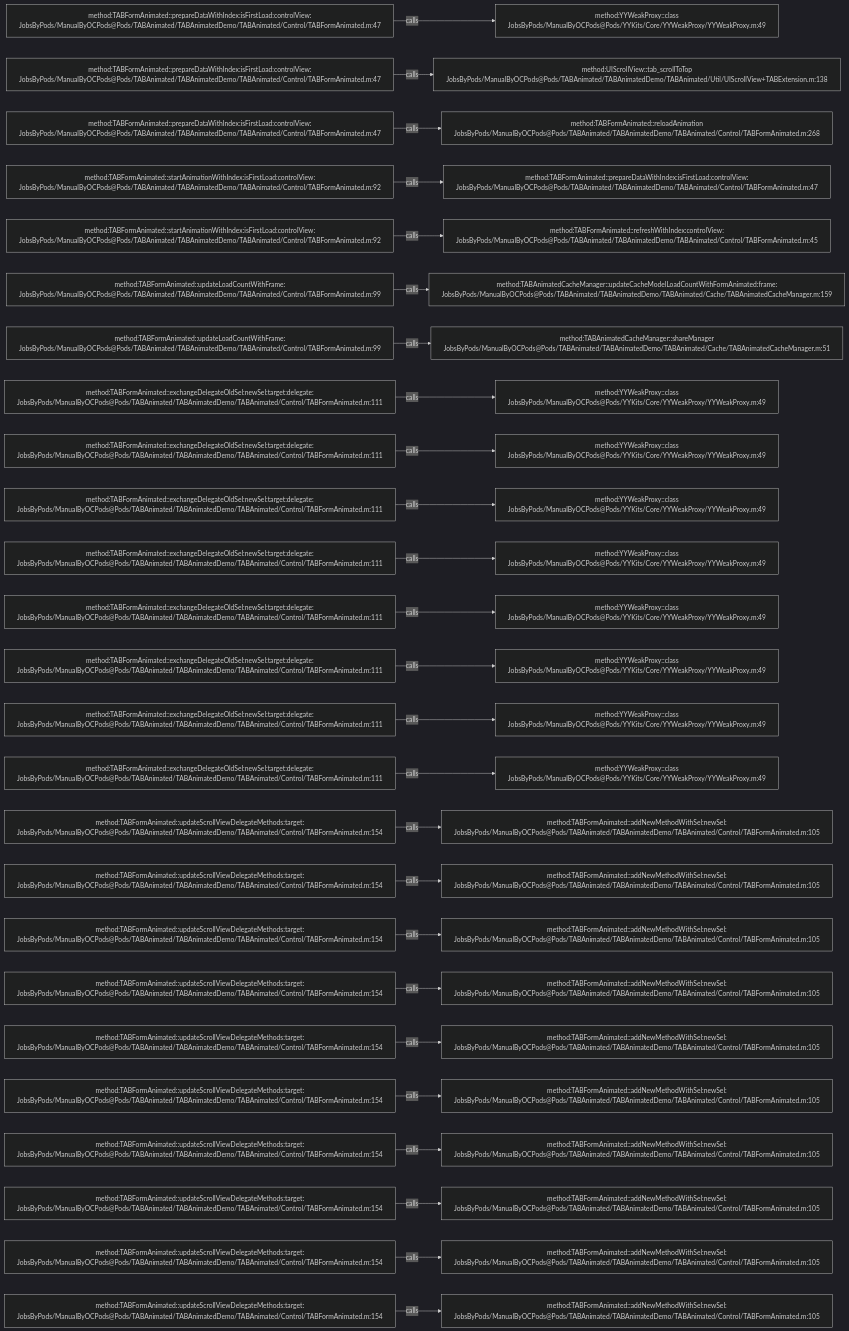
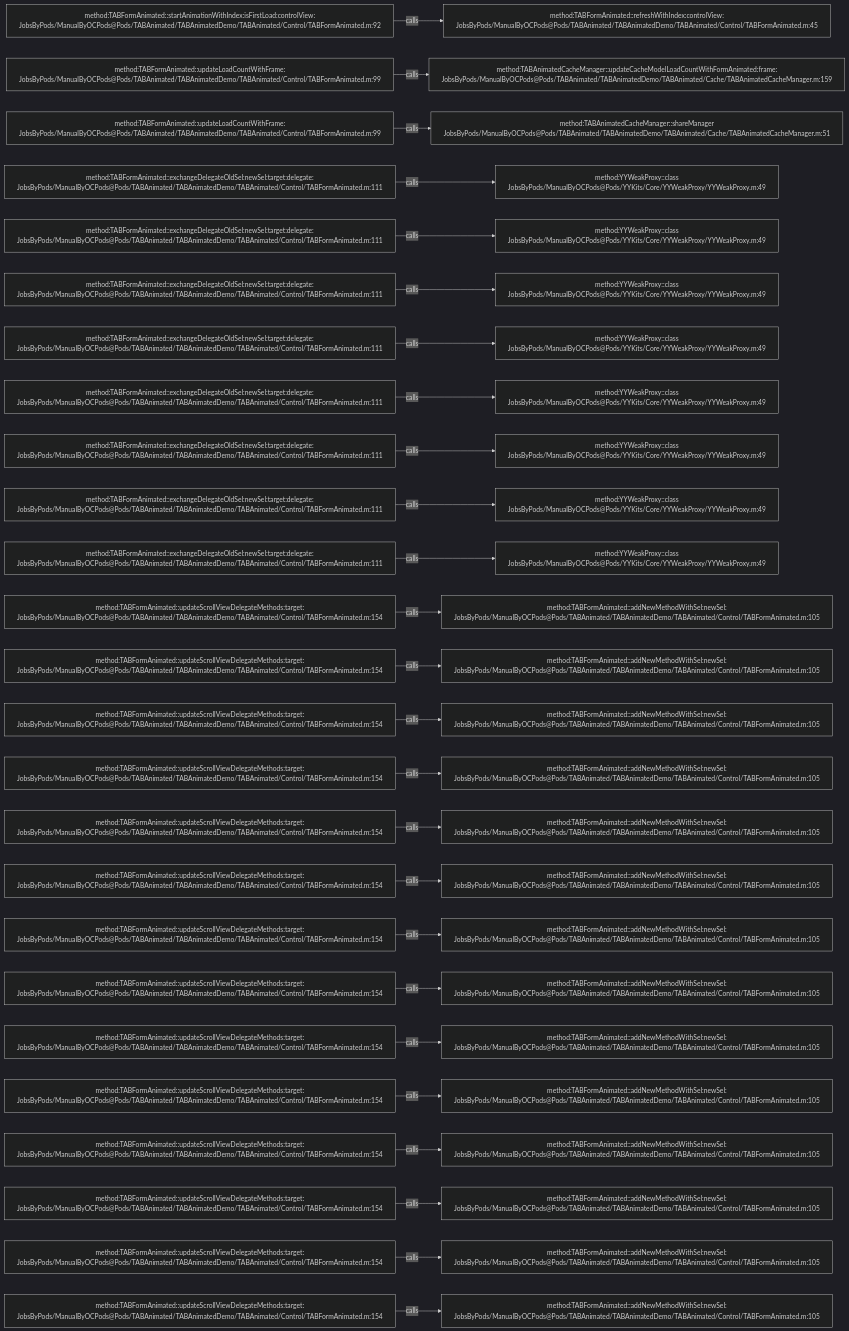
One commit to JobsKits/JobsOCBaseConfigDemo changed the diagram in .codegraph/codegraph.md/graphs/calls-022.md. Above: the diagram before and after it, drawn with Mermaid (dark theme). The commit also changed 727 other files, not shown here.

````diff
--- a/.codegraph/codegraph.md/graphs/calls-022.md
+++ b/.codegraph/codegraph.md/graphs/calls-022.md
@@ -13,78 +13,78 @@
 ```mermaid
 flowchart LR
-  S1["method:TABFormAnimated::prepareDataWithIndex:isFirstLoad:controlView:<br/>JobsByPods/ManualByOCPods@Pods/TABAnimated/TABAnimatedDemo/TABAnimated/Control/TABFormAnimated.m:47"]
-  T1["method:YYWeakProxy::class<br/>JobsByPods/ManualByOCPods@Pods/YYKits/Core/YYWeakProxy/YYWeakProxy.m:49"]
+  S1["method:TABFormAnimated::startAnimationWithIndex:isFirstLoad:controlView:<br/>JobsByPods/ManualByOCPods@Pods/TABAnimated/TABAnimatedDemo/TABAnimated/Control/TABFormAnimated.m:92"]
+  T1["method:TABFormAnimated::refreshWithIndex:controlView:<br/>JobsByPods/ManualByOCPods@Pods/TABAnimated/TABAnimatedDemo/TABAnimated/Control/TABFormAnimated.m:45"]
   S1 -->|calls| T1
-  S2["method:TABFormAnimated::prepareDataWithIndex:isFirstLoad:controlView:<br/>JobsByPods/ManualByOCPods@Pods/TABAnimated/TABAnimatedDemo/TABAnimated/Control/TABFormAnimated.m:47"]
-  T2["method:UIScrollView::tab_scrollToTop<br/>JobsByPods/ManualByOCPods@Pods/TABAnimated/TABAnimatedDemo/TABAnimated/Util/UIScrollView+TABExtension.m:138"]
+  S2["method:TABFormAnimated::updateLoadCountWithFrame:<br/>JobsByPods/ManualByOCPods@Pods/TABAnimated/TABAnimatedDemo/TABAnimated/Control/TABFormAnimated.m:99"]
+  T2["method:TABAnimatedCacheManager::updateCacheModelLoadCountWithFormAnimated:frame:<br/>JobsByPods/ManualByOCPods@Pods/TABAnimated/TABAnimatedDemo/TABAnimated/Cache/TABAnimatedCacheManager.m:159"]
   S2 -->|calls| T2
-  S3["method:TABFormAnimated::prepareDataWithIndex:isFirstLoad:controlView:<br/>JobsByPods/ManualByOCPods@Pods/TABAnimated/TABAnimatedDemo/TABAnimated/Control/TABFormAnimated.m:47"]
-  T3["method:TABFormAnimated::reloadAnimation<br/>JobsByPods/ManualByOCPods@Pods/TABAnimated/TABAnimatedDemo/TABAnimated/Control/TABFormAnimated.m:268"]
+  S3["method:TABFormAnimated::updateLoadCountWithFrame:<br/>JobsByPods/ManualByOCPods@Pods/TABAnimated/TABAnimatedDemo/TABAnimated/Control/TABFormAnimated.m:99"]
+  T3["method:TABAnimatedCacheManager::shareManager<br/>JobsByPods/ManualByOCPods@Pods/TABAnimated/TABAnimatedDemo/TABAnimated/Cache/TABAnimatedCacheManager.m:51"]
   S3 -->|calls| T3
-  S4["method:TABFormAnimated::startAnimationWithIndex:isFirstLoad:controlView:<br/>JobsByPods/ManualByOCPods@Pods/TABAnimated/TABAnimatedDemo/TABAnimated/Control/TABFormAnimated.m:92"]
-  T4["method:TABFormAnimated::prepareDataWithIndex:isFirstLoad:controlView:<br/>JobsByPods/ManualByOCPods@Pods/TABAnimated/TABAnimatedDemo/TABAnimated/Control/TABFormAnimated.m:47"]
+  S4["method:TABFormAnimated::exchangeDelegateOldSel:newSel:target:delegate:<br/>JobsByPods/ManualByOCPods@Pods/TABAnimated/TABAnimatedDemo/TABAnimated/Control/TABFormAnimated.m:111"]
+  T4["method:YYWeakProxy::class<br/>JobsByPods/ManualByOCPods@Pods/YYKits/Core/YYWeakProxy/YYWeakProxy.m:49"]
   S4 -->|calls| T4
-  S5["method:TABFormAnimated::startAnimationWithIndex:isFirstLoad:controlView:<br/>JobsByPods/ManualByOCPods@Pods/TABAnimated/TABAnimatedDemo/TABAnimated/Control/TABFormAnimated.m:92"]
-  T5["method:TABFormAnimated::refreshWithIndex:controlView:<br/>JobsByPods/ManualByOCPods@Pods/TABAnimated/TABAnimatedDemo/TABAnimated/Control/TABFormAnimated.m:45"]
+  S5["method:TABFormAnimated::exchangeDelegateOldSel:newSel:target:delegate:<br/>JobsByPods/ManualByOCPods@Pods/TABAnimated/TABAnimatedDemo/TABAnimated/Control/TABFormAnimated.m:111"]
+  T5["method:YYWeakProxy::class<br/>JobsByPods/ManualByOCPods@Pods/YYKits/Core/YYWeakProxy/YYWeakProxy.m:49"]
   S5 -->|calls| T5
-  S6["method:TABFormAnimated::updateLoadCountWithFrame:<br/>JobsByPods/ManualByOCPods@Pods/TABAnimated/TABAnimatedDemo/TABAnimated/Control/TABFormAnimated.m:99"]
-  T6["method:TABAnimatedCacheManager::updateCacheModelLoadCountWithFormAnimated:frame:<br/>JobsByPods/ManualByOCPods@Pods/TABAnimated/TABAnimatedDemo/TABAnimated/Cache/TABAnimatedCacheManager.m:159"]
+  S6["method:TABFormAnimated::exchangeDelegateOldSel:newSel:target:delegate:<br/>JobsByPods/ManualByOCPods@Pods/TABAnimated/TABAnimatedDemo/TABAnimated/Control/TABFormAnimated.m:111"]
+  T6["method:YYWeakProxy::class<br/>JobsByPods/ManualByOCPods@Pods/YYKits/Core/YYWeakProxy/YYWeakProxy.m:49"]
   S6 -->|calls| T6
-  S7["method:TABFormAnimated::updateLoadCountWithFrame:<br/>JobsByPods/ManualByOCPods@Pods/TABAnimated/TABAnimatedDemo/TABAnimated/Control/TABFormAnimated.m:99"]
-  T7["method:TABAnimatedCacheManager::shareManager<br/>JobsByPods/ManualByOCPods@Pods/TABAnimated/TABAnimatedDemo/TABAnimated/Cache/TABAnimatedCacheManager.m:51"]
+  S7["method:TABFormAnimated::exchangeDelegateOldSel:newSel:target:delegate:<br/>JobsByPods/ManualByOCPods@Pods/TABAnimated/TABAnimatedDemo/TABAnimated/Control/TABFormAnimated.m:111"]
+  T7["method:YYWeakProxy::class<br/>JobsByPods/ManualByOCPods@Pods/YYKits/Core/YYWeakProxy/YYWeakProxy.m:49"]
   S7 -->|calls| T7
   S8["method:TABFormAnimated::exchangeDelegateOldSel:newSel:target:delegate:<br/>JobsByPods/ManualByOCPods@Pods/TABAnimated/TABAnimatedDemo/TABAnimated/Control/TABFormAnimated.m:111"]
   T8["method:YYWeakProxy::class<br/>JobsByPods/ManualByOCPods@Pods/YYKits/Core/YYWeakProxy/YYWeakProxy.m:49"]
   S8 -->|calls| T8
   S9["method:TABFormAnimated::exchangeDelegateOldSel:newSel:target:delegate:<br/>JobsByPods/ManualByOCPods@Pods/TABAnimated/TABAnimatedDemo/TABAnimated/Control/TABFormAnimated.m:111"]
   T9["method:YYWeakProxy::class<br/>JobsByPods/ManualByOCPods@Pods/YYKits/Core/YYWeakProxy/YYWeakProxy.m:49"]
   S9 -->|calls| T9
   S10["method:TABFormAnimated::exchangeDelegateOldSel:newSel:target:delegate:<br/>JobsByPods/ManualByOCPods@Pods/TABAnimated/TABAnimatedDemo/TABAnimated/Control/TABFormAnimated.m:111"]
   T10["method:YYWeakProxy::class<br/>JobsByPods/ManualByOCPods@Pods/YYKits/Core/YYWeakProxy/YYWeakProxy.m:49"]
   S10 -->|calls| T10
   S11["method:TABFormAnimated::exchangeDelegateOldSel:newSel:target:delegate:<br/>JobsByPods/ManualByOCPods@Pods/TABAnimated/TABAnimatedDemo/TABAnimated/Control/TABFormAnimated.m:111"]
   T11["method:YYWeakProxy::class<br/>JobsByPods/ManualByOCPods@Pods/YYKits/Core/YYWeakProxy/YYWeakProxy.m:49"]
   S11 -->|calls| T11
-  S12["method:TABFormAnimated::exchangeDelegateOldSel:newSel:target:delegate:<br/>JobsByPods/ManualByOCPods@Pods/TABAnimated/TABAnimatedDemo/TABAnimated/Control/TABFormAnimated.m:111"]
-  T12["method:YYWeakProxy::class<br/>JobsByPods/ManualByOCPods@Pods/YYKits/Core/YYWeakProxy/YYWeakProxy.m:49"]
+  S12["method:TABFormAnimated::updateScrollViewDelegateMethods:target:<br/>JobsByPods/ManualByOCPods@Pods/TABAnimated/TABAnimatedDemo/TABAnimated/Control/TABFormAnimated.m:154"]
+  T12["method:TABFormAnimated::addNewMethodWithSel:newSel:<br/>JobsByPods/ManualByOCPods@Pods/TABAnimated/TABAnimatedDemo/TABAnimated/Control/TABFormAnimated.m:105"]
   S12 -->|calls| T12
-  S13["method:TABFormAnimated::exchangeDelegateOldSel:newSel:target:delegate:<br/>JobsByPods/ManualByOCPods@Pods/TABAnimated/TABAnimatedDemo/TABAnimated/Control/TABFormAnimated.m:111"]
-  T13["method:YYWeakProxy::class<br/>JobsByPods/ManualByOCPods@Pods/YYKits/Core/YYWeakProxy/YYWeakProxy.m:49"]
+  S13["method:TABFormAnimated::updateScrollViewDelegateMethods:target:<br/>JobsByPods/ManualByOCPods@Pods/TABAnimated/TABAnimatedDemo/TABAnimated/Control/TABFormAnimated.m:154"]
+  T13["method:TABFormAnimated::addNewMethodWithSel:newSel:<br/>JobsByPods/ManualByOCPods@Pods/TABAnimated/TABAnimatedDemo/TABAnimated/Control/TABFormAnimated.m:105"]
   S13 -->|calls| T13
-  S14["method:TABFormAnimated::exchangeDelegateOldSel:newSel:target:delegate:<br/>JobsByPods/ManualByOCPods@Pods/TABAnimated/TABAnimatedDemo/TABAnimated/Control/TABFormAnimated.m:111"]
-  T14["method:YYWeakProxy::class<br/>JobsByPods/ManualByOCPods@Pods/YYKits/Core/YYWeakProxy/YYWeakProxy.m:49"]
+  S14["method:TABFormAnimated::updateScrollViewDelegateMethods:target:<br/>JobsByPods/ManualByOCPods@Pods/TABAnimated/TABAnimatedDemo/TABAnimated/Control/TABFormAnimated.m:154"]
+  T14["method:TABFormAnimated::addNewMethodWithSel:newSel:<br/>JobsByPods/ManualByOCPods@Pods/TABAnimated/TABAnimatedDemo/TABAnimated/Control/TABFormAnimated.m:105"]
   S14 -->|calls| T14
-  S15["method:TABFormAnimated::exchangeDelegateOldSel:newSel:target:delegate:<br/>JobsByPods/ManualByOCPods@Pods/TABAnimated/TABAnimatedDemo/TABAnimated/Control/TABFormAnimated.m:111"]
-  T15["method:YYWeakProxy::class<br/>JobsByPods/ManualByOCPods@Pods/YYKits/Core/YYWeakProxy/YYWeakProxy.m:49"]
+  S15["method:TABFormAnimated::updateScrollViewDelegateMethods:target:<br/>JobsByPods/ManualByOCPods@Pods/TABAnimated/TABAnimatedDemo/TABAnimated/Control/TABFormAnimated.m:154"]
+  T15["method:TABFormAnimated::addNewMethodWithSel:newSel:<br/>JobsByPods/ManualByOCPods@Pods/TABAnimated/TABAnimatedDemo/TABAnimated/Control/TABFormAnimated.m:105"]
   S15 -->|calls| T15
   S16["method:TABFormAnimated::updateScrollViewDelegateMethods:target:<br/>JobsByPods/ManualByOCPods@Pods/TABAnimated/TABAnimatedDemo/TABAnimated/Control/TABFormAnimated.m:154"]
   T16["method:TABFormAnimated::addNewMethodWithSel:newSel:<br/>JobsByPods/ManualByOCPods@Pods/TABAnimated/TABAnimatedDemo/TABAnimated/Control/TABFormAnimated.m:105"]
   S16 -->|calls| T16
   S17["method:TABFormAnimated::updateScrollViewDelegateMethods:target:<br/>JobsByPods/ManualByOCPods@Pods/TABAnimated/TABAnimatedDemo/TABAnimated/Control/TABFormAnimated.m:154"]
   T17["method:TABFormAnimated::addNewMethodWithSel:newSel:<br/>JobsByPods/ManualByOCPods@Pods/TABAnimated/TABAnimatedDemo/TABAnimated/Control/TABFormAnimated.m:105"]
   S17 -->|calls| T17
   S18["method:TABFormAnimated::updateScrollViewDelegateMethods:target:<br/>JobsByPods/ManualByOCPods@Pods/TABAnimated/TABAnimatedDemo/TABAnimated/Control/TABFormAnimated.m:154"]
   T18["method:TABFormAnimated::addNewMethodWithSel:newSel:<br/>JobsByPods/ManualByOCPods@Pods/TABAnimated/TABAnimatedDemo/TABAnimated/Control/TABFormAnimated.m:105"]
   S18 -->|calls| T18
   S19["method:TABFormAnimated::updateScrollViewDelegateMethods:target:<br/>JobsByPods/ManualByOCPods@Pods/TABAnimated/TABAnimatedDemo/TABAnimated/Control/TABFormAnimated.m:154"]
   T19["method:TABFormAnimated::addNewMethodWithSel:newSel:<br/>JobsByPods/ManualByOCPods@Pods/TABAnimated/TABAnimatedDemo/TABAnimated/Control/TABFormAnimated.m:105"]
   S19 -->|calls| T19
   S20["method:TABFormAnimated::updateScrollViewDelegateMethods:target:<br/>JobsByPods/ManualByOCPods@Pods/TABAnimated/TABAnimatedDemo/TABAnimated/Control/TABFormAnimated.m:154"]
   T20["method:TABFormAnimated::addNewMethodWithSel:newSel:<br/>JobsByPods/ManualByOCPods@Pods/TABAnimated/TABAnimatedDemo/TABAnimated/Control/TABFormAnimated.m:105"]
   S20 -->|calls| T20
   S21["method:TABFormAnimated::updateScrollViewDelegateMethods:target:<br/>JobsByPods/ManualByOCPods@Pods/TABAnimated/TABAnimatedDemo/TABAnimated/Control/TABFormAnimated.m:154"]
   T21["method:TABFormAnimated::addNewMethodWithSel:newSel:<br/>JobsByPods/ManualByOCPods@Pods/TABAnimated/TABAnimatedDemo/TABAnimated/Control/TABFormAnimated.m:105"]
   S21 -->|calls| T21
   S22["method:TABFormAnimated::updateScrollViewDelegateMethods:target:<br/>JobsByPods/ManualByOCPods@Pods/TABAnimated/TABAnimatedDemo/TABAnimated/Control/TABFormAnimated.m:154"]
   T22["method:TABFormAnimated::addNewMethodWithSel:newSel:<br/>JobsByPods/ManualByOCPods@Pods/TABAnimated/TABAnimatedDemo/TABAnimated/Control/TABFormAnimated.m:105"]
   S22 -->|calls| T22
   S23["method:TABFormAnimated::updateScrollViewDelegateMethods:target:<br/>JobsByPods/ManualByOCPods@Pods/TABAnimated/TABAnimatedDemo/TABAnimated/Control/TABFormAnimated.m:154"]
   T23["method:TABFormAnimated::addNewMethodWithSel:newSel:<br/>JobsByPods/ManualByOCPods@Pods/TABAnimated/TABAnimatedDemo/TABAnimated/Control/TABFormAnimated.m:105"]
   S23 -->|calls| T23
   S24["method:TABFormAnimated::updateScrollViewDelegateMethods:target:<br/>JobsByPods/ManualByOCPods@Pods/TABAnimated/TABAnimatedDemo/TABAnimated/Control/TABFormAnimated.m:154"]
   T24["method:TABFormAnimated::addNewMethodWithSel:newSel:<br/>JobsByPods/ManualByOCPods@Pods/TABAnimated/TABAnimatedDemo/TABAnimated/Control/TABFormAnimated.m:105"]
   S24 -->|calls| T24
   S25["method:TABFormAnimated::updateScrollViewDelegateMethods:target:<br/>JobsByPods/ManualByOCPods@Pods/TABAnimated/TABAnimatedDemo/TABAnimated/Control/TABFormAnimated.m:154"]
   T25["method:TABFormAnimated::addNewMethodWithSel:newSel:<br/>JobsByPods/ManualByOCPods@Pods/TABAnimated/TABAnimatedDemo/TABAnimated/Control/TABFormAnimated.m:105"]
   S25 -->|calls| T25
 ```
````
